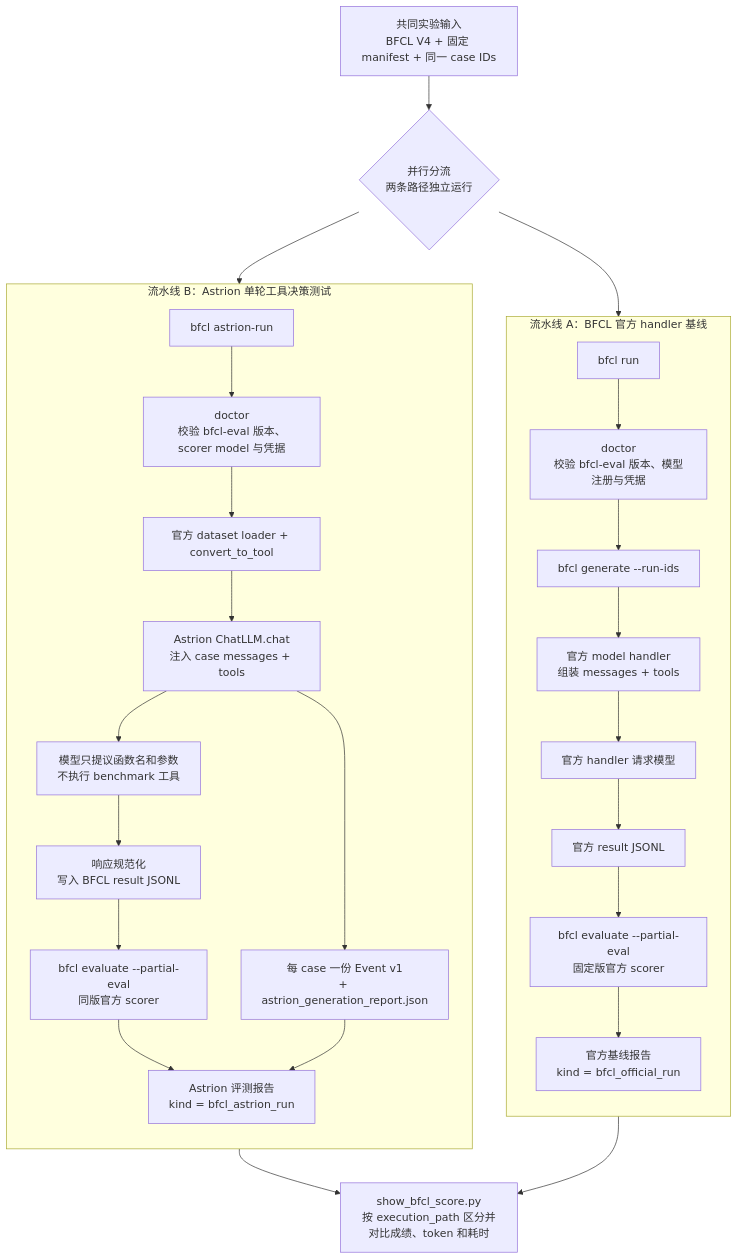
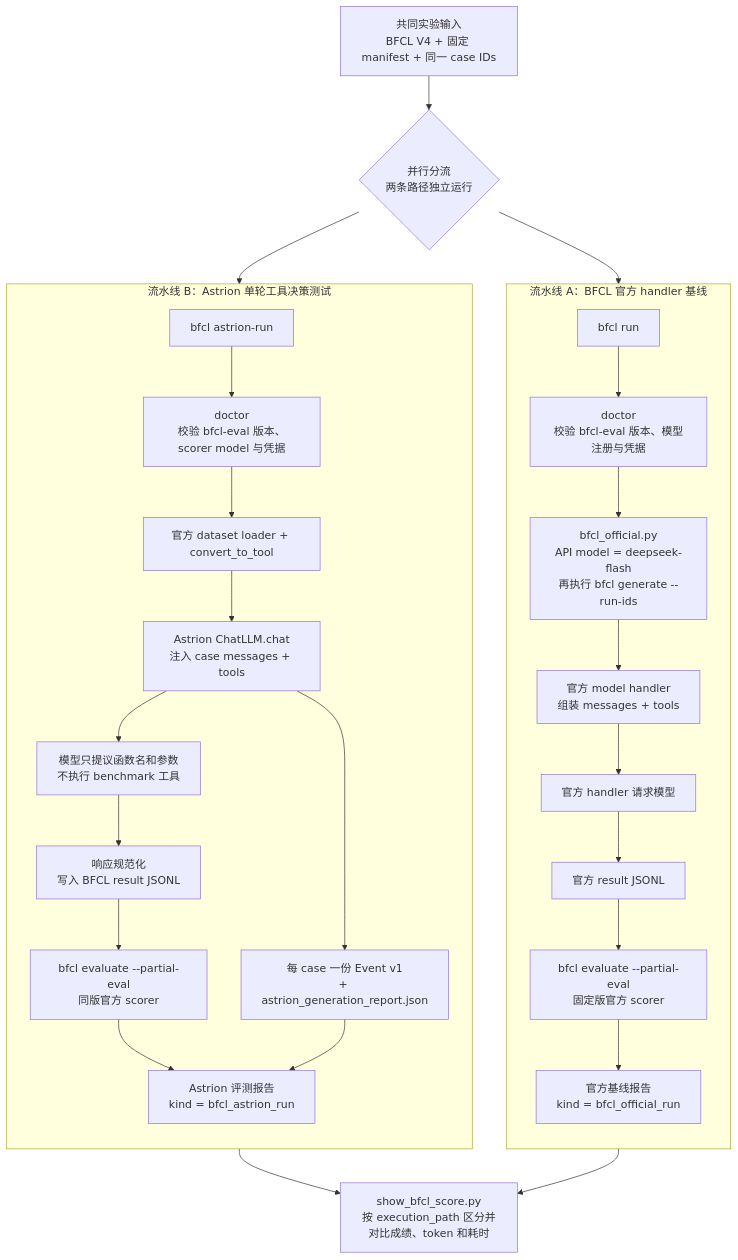
The sixth of 6 diagrams in report.md (cosmorithm/Astrion), drawn with Mermaid before and after one commit. The commit also changed other lines of this file and 7 other files, not shown here.

Commit message:
feat: 对齐 BFCL baseline 的 API 模型

````diff
--- a/report.md
+++ b/report.md
@@ -1959,41 +1961,41 @@
 ```mermaid
 flowchart TB
     I["共同实验输入<br/>BFCL V4 + 固定 manifest + 同一 case IDs"]
     F{"并行分流<br/>两条路径独立运行"}
     I --> F
 
     subgraph OFFICIAL["流水线 A：BFCL 官方 handler 基线"]
         direction TB
         O1["bfcl run"]
         O2["doctor<br/>校验 bfcl-eval 版本、模型注册与凭据"]
-        O3["bfcl generate --run-ids"]
+        O3["bfcl_official.py<br/>API model = deepseek-flash<br/>再执行 bfcl generate --run-ids"]
         O4["官方 model handler<br/>组装 messages + tools"]
         O5["官方 handler 请求模型"]
         O6["官方 result JSONL"]
         O7["bfcl evaluate --partial-eval<br/>固定版官方 scorer"]
         O8["官方基线报告<br/>kind = bfcl_official_run"]
         O1 --> O2 --> O3 --> O4 --> O5 --> O6 --> O7 --> O8
     end
 
     subgraph ASTRION["流水线 B：Astrion 单轮工具决策测试"]
         direction TB
         A1["bfcl astrion-run"]
         A2["doctor<br/>校验 bfcl-eval 版本、scorer model 与凭据"]
         A3["官方 dataset loader + convert_to_tool"]
         A4["Astrion ChatLLM.chat<br/>注入 case messages + tools"]
         A5["模型只提议函数名和参数<br/>不执行 benchmark 工具"]
         A6["响应规范化<br/>写入 BFCL result JSONL"]
         A7["每 case 一份 Event v1<br/>+ astrion_generation_report.json"]
         A8["bfcl evaluate --partial-eval<br/>同版官方 scorer"]
         A9["Astrion 评测报告<br/>kind = bfcl_astrion_run"]
         A1 --> A2 --> A3 --> A4 --> A5 --> A6 --> A8 --> A9
         A4 --> A7
         A7 --> A9
     end
 
     F --> O1
     F --> A1
 
     O8 --> V["show_bfcl_score.py<br/>按 execution_path 区分并对比成绩、token 和耗时"]
     A9 --> V
 ```
````
